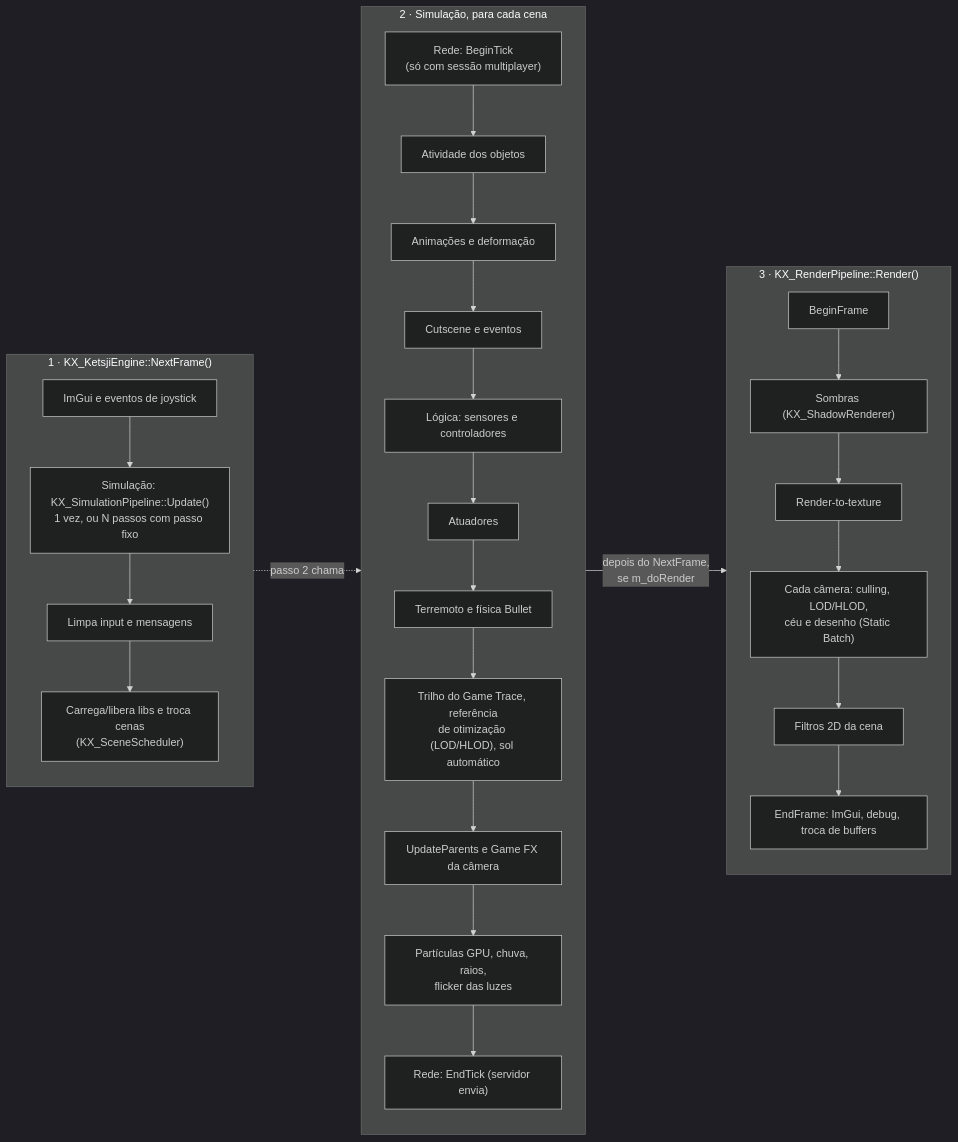
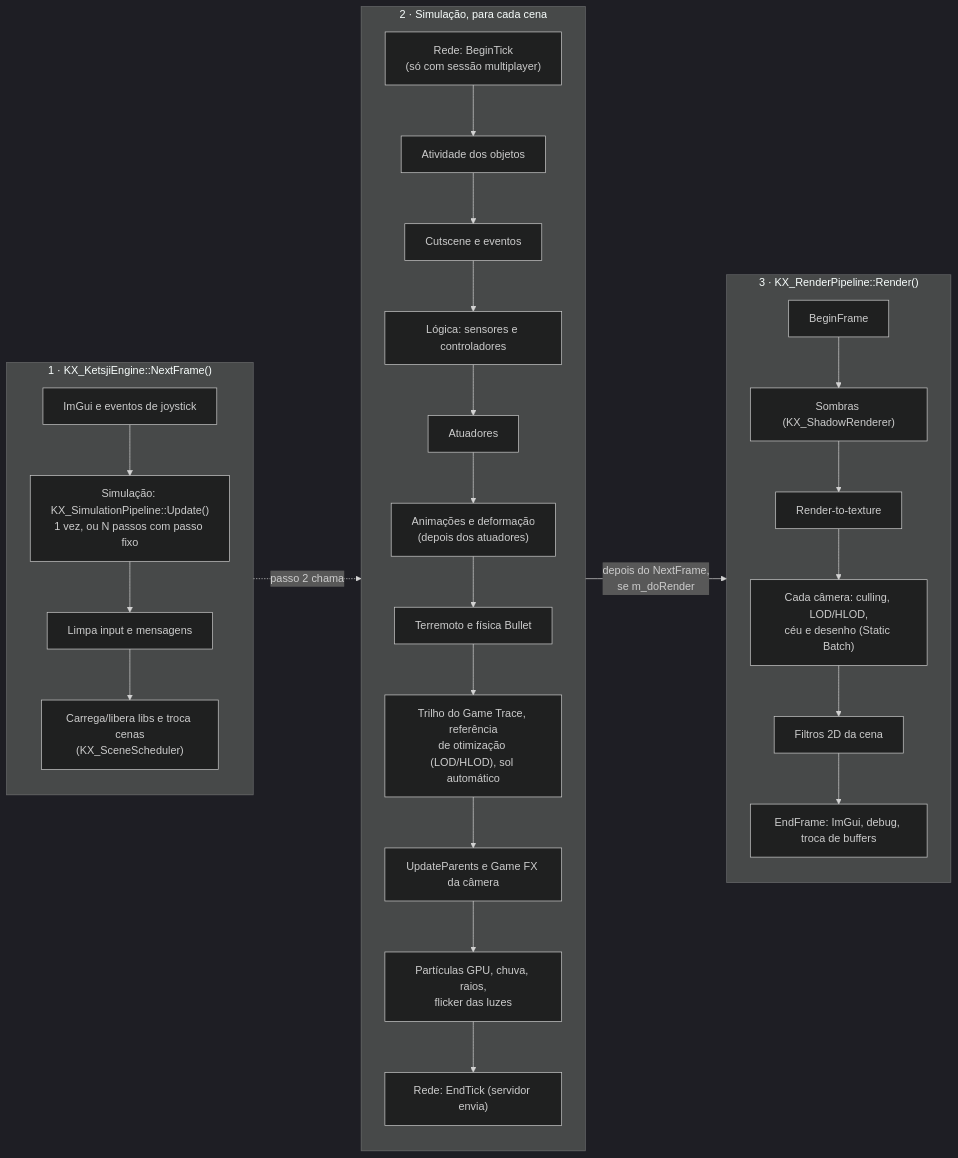
The fourth of 6 diagrams in docs/diagramas-arquitetura.md (AnastacioGames/AnastacioEngine), drawn with Mermaid (dark theme) before and after one commit.

Commit message:
Diagrama: animacoes depois dos atuadores na simulacao

````diff
--- a/docs/diagramas-arquitetura.md
+++ b/docs/diagramas-arquitetura.md
@@ -116,38 +116,38 @@
 ```mermaid
 flowchart LR
     subgraph NF["1 · KX_KetsjiEngine::NextFrame()"]
         direction TB
         N1["ImGui e eventos de joystick"]
         N2["Simulação: KX_SimulationPipeline::Update()<br/>1 vez, ou N passos com passo fixo"]
         N3["Limpa input e mensagens"]
         N4["Carrega/libera libs e troca cenas<br/>(KX_SceneScheduler)"]
         N1 --> N2 --> N3 --> N4
     end
     subgraph SIM["2 · Simulação, para cada cena"]
         direction TB
         S0["Rede: BeginTick<br/>(só com sessão multiplayer)"]
         S1["Atividade dos objetos"]
-        S2["Animações e deformação"]
-        S3["Cutscene e eventos"]
+        S2["Cutscene e eventos"]
+        S3["Animações e deformação<br/>(depois dos atuadores)"]
         S4["Lógica: sensores e controladores"]
         S5["Atuadores"]
         S6["Terremoto e física Bullet"]
         S7["Trilho do Game Trace, referência<br/>de otimização (LOD/HLOD), sol automático"]
         S8["UpdateParents e Game FX da câmera"]
         S9["Partículas GPU, chuva, raios,<br/>flicker das luzes"]
         S10["Rede: EndTick (servidor envia)"]
-        S0 --> S1 --> S2 --> S3 --> S4 --> S5 --> S6 --> S7 --> S8 --> S9 --> S10
+        S0 --> S1 --> S2 --> S4 --> S5 --> S3 --> S6 --> S7 --> S8 --> S9 --> S10
     end
     subgraph RD["3 · KX_RenderPipeline::Render()"]
         direction TB
         R1["BeginFrame"]
         R2["Sombras (KX_ShadowRenderer)"]
         R3["Render-to-texture"]
         R4["Cada câmera: culling, LOD/HLOD,<br/>céu e desenho (Static Batch)"]
         R5["Filtros 2D da cena"]
         R6["EndFrame: ImGui, debug, troca de buffers"]
         R1 --> R2 --> R3 --> R4 --> R5 --> R6
     end
     NF -.->|"passo 2 chama"| SIM
     SIM -->|"depois do NextFrame,<br/>se m_doRender"| RD
 ```
````
